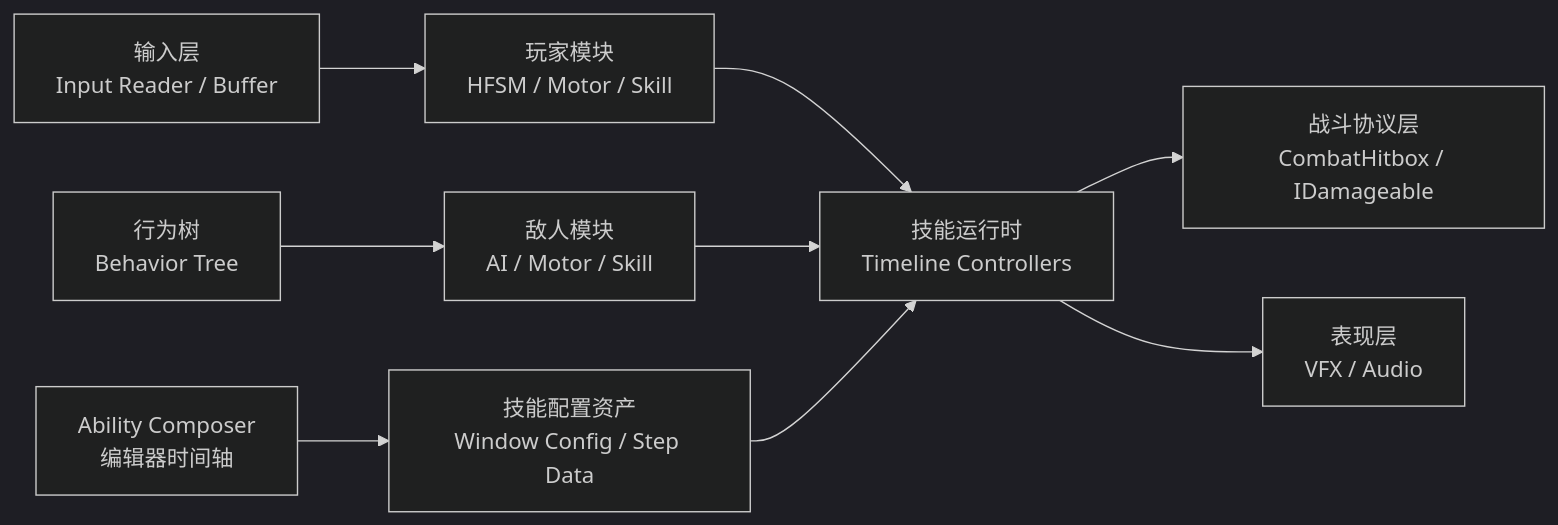
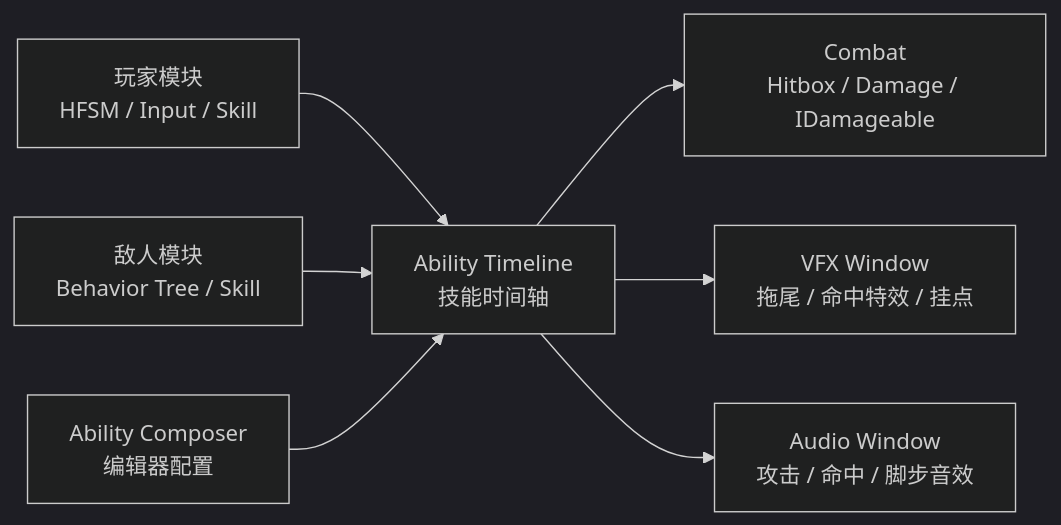
Before and after one commit to qiqizizzz/Protocol-Evac: the diagram in README.md, drawn with Mermaid (dark theme). The commit also changed other lines of this file, not shown here.

````diff
--- a/README.md
+++ b/README.md
@@ -85,14 +38,9 @@
 ```mermaid
 flowchart LR
-    Input["输入层<br/>Input Reader / Buffer"] --> Player["玩家模块<br/>HFSM / Motor / Skill"]
-    BT["行为树<br/>Behavior Tree"] --> Enemy["敌人模块<br/>AI / Motor / Skill"]
-
-    Player --> AbilityRuntime["技能运行时<br/>Timeline Controllers"]
-    Enemy --> AbilityRuntime
-
-    AbilityRuntime --> Combat["战斗协议层<br/>CombatHitbox / IDamageable"]
-    AbilityRuntime --> VfxAudio["表现层<br/>VFX / Audio"]
-
-    Composer["Ability Composer<br/>编辑器时间轴"] --> Config["技能配置资产<br/>Window Config / Step Data"]
-    Config --> AbilityRuntime
+    Player["玩家模块<br/>HFSM / Input / Skill"] --> Ability["Ability Timeline<br/>技能时间轴"]
+    Enemy["敌人模块<br/>Behavior Tree / Skill"] --> Ability
+    Ability --> Combat["Combat<br/>Hitbox / Damage / IDamageable"]
+    Ability --> VFX["VFX Window<br/>拖尾 / 命中特效 / 挂点"]
+    Ability --> Audio["Audio Window<br/>攻击 / 命中 / 脚步音效"]
+    Composer["Ability Composer<br/>编辑器配置"] --> Ability
 ```
````
